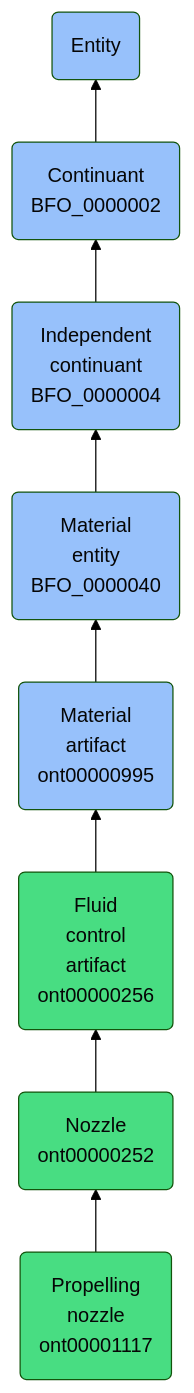
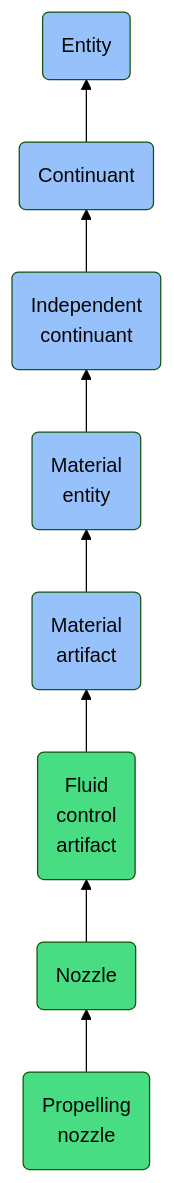
Before and after one commit to jupyter-naas/abi: the diagram in docs/ontology/reference/model/Entity/Continuant/Independent continuant/Material entity/Material artifact/Fluid control artifact/Nozzle/Propelling nozzle/Propelling nozzle.md, drawn with Mermaid (forest theme). The commit also changed other lines of this file and 1430 other files, not shown here.

````diff
--- a/docs/ontology/reference/model/Entity/Continuant/Independent continuant/Material entity/Material artifact/Fluid control artifact/Nozzle/Propelling nozzle/Propelling nozzle.md
+++ b/docs/ontology/reference/model/Entity/Continuant/Independent continuant/Material entity/Material artifact/Fluid control artifact/Nozzle/Propelling nozzle/Propelling nozzle.md
@@ -24,15 +24,15 @@
 ```mermaid
 graph BT
-    ont00001117(Propelling<br>nozzle<br>ont00001117):::ABI-->ont00000252
-    ont00000252(Nozzle<br>ont00000252):::ABI-->ont00000256
-    ont00000256(Fluid<br>control<br>artifact<br>ont00000256):::ABI-->ont00000995
-    ont00000995(Material<br>artifact<br>ont00000995):::BFO-->BFO_0000040
-    BFO_0000040(Material<br>entity<br>BFO_0000040):::BFO-->BFO_0000004
-    BFO_0000004(Independent<br>continuant<br>BFO_0000004):::BFO-->BFO_0000002
-    BFO_0000002(Continuant<br>BFO_0000002):::BFO-->BFO_0000001
+    ont00001117(Propelling<br>nozzle):::ABI-->ont00000252
+    ont00000252(Nozzle):::ABI-->ont00000256
+    ont00000256(Fluid<br>control<br>artifact):::ABI-->ont00000995
+    ont00000995(Material<br>artifact):::BFO-->BFO_0000040
+    BFO_0000040(Material<br>entity):::BFO-->BFO_0000004
+    BFO_0000004(Independent<br>continuant):::BFO-->BFO_0000002
+    BFO_0000002(Continuant):::BFO-->BFO_0000001
     BFO_0000001(Entity):::BFO
     
     classDef BFO fill:#97c1fb,color:#060606
     classDef CCO fill:#e4c51e,color:#060606
     classDef ABI fill:#48DD82,color:#060606
 ```
````
